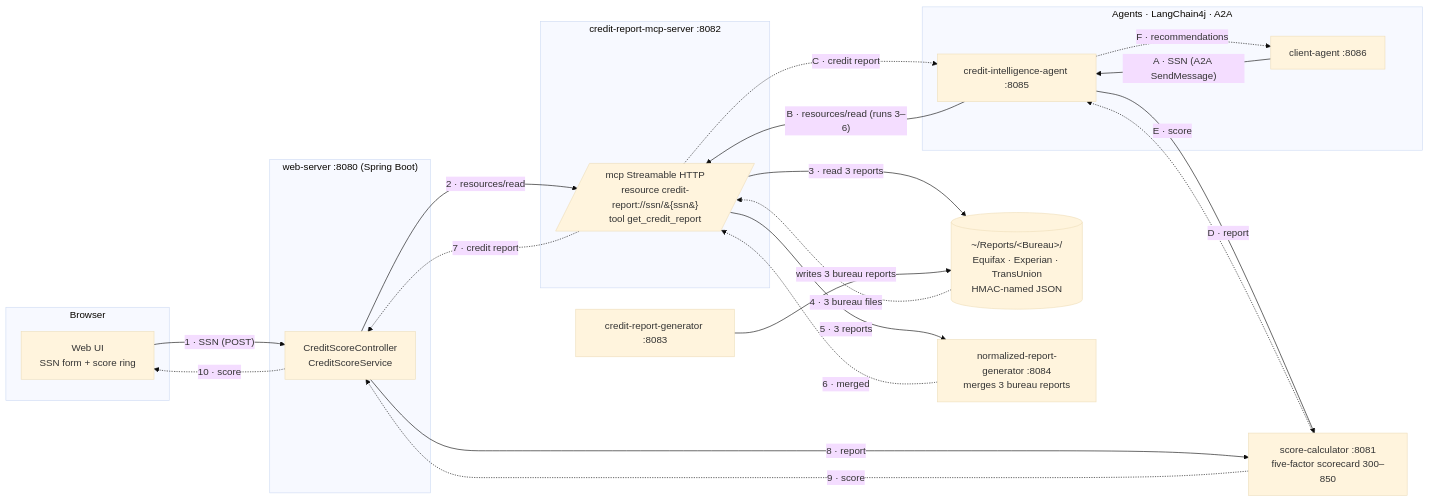
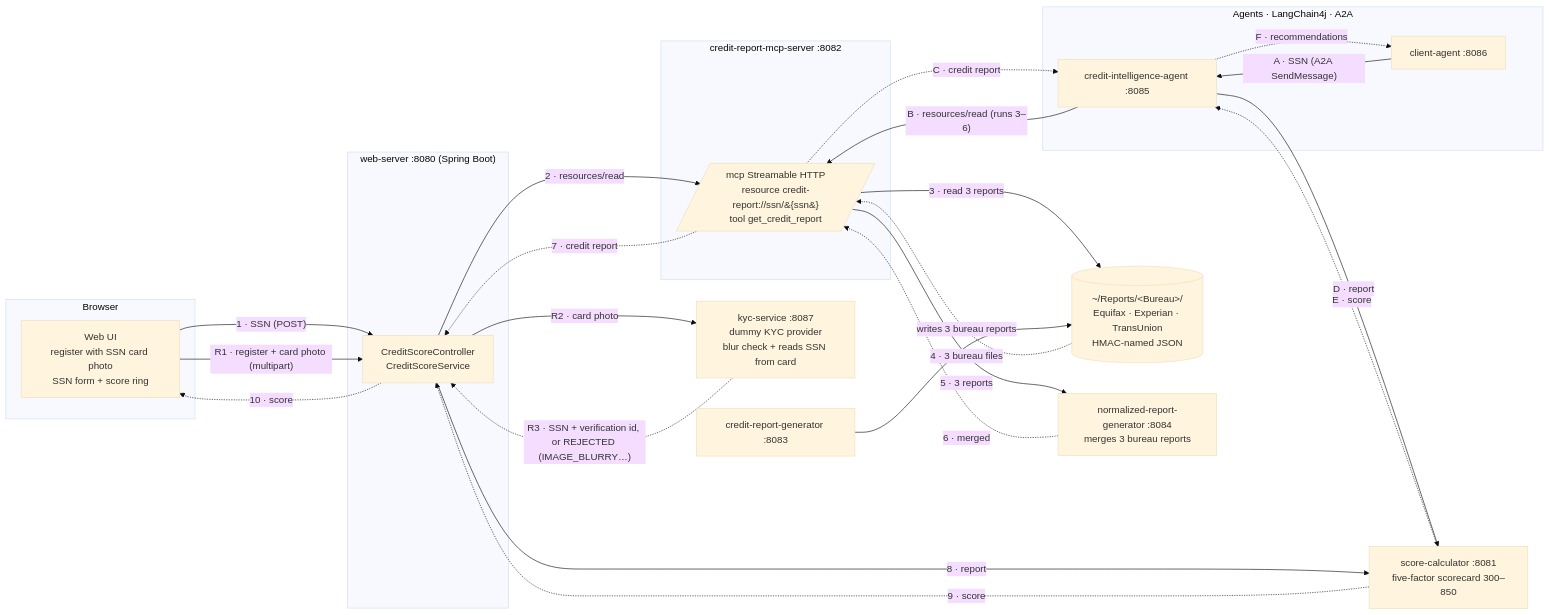
Before and after one commit to manojkhanwalkar/creditagent: the first of 2 diagrams in docs/architecture.md, drawn with Mermaid (base theme). The commit also changed other lines of this file and 43 other files, not shown here.

First line of the commit message:
Register with an SSN card photo checked by a KYC service (#8)

````diff
--- a/docs/architecture.md
+++ b/docs/architecture.md
@@ -5,38 +5,42 @@
 ```mermaid
 flowchart LR
     subgraph Browser
-        UI[Web UI<br/>SSN form + score ring]
+        UI[Web UI<br/>register with SSN card photo<br/>SSN form + score ring]
     end
     subgraph Web["web-server :8080 (Spring Boot)"]
         WS[CreditScoreController<br/>CreditScoreService]
     end
     subgraph MCP["credit-report-mcp-server :8082"]
         M[/mcp Streamable HTTP<br/>resource credit-report://ssn/&#123;ssn&#125;<br/>tool get_credit_report/]
     end
     FS[(~/Reports/&lt;Bureau&gt;/<br/>Equifax · Experian · TransUnion<br/>HMAC-named JSON)]
     NRG[normalized-report-generator :8084<br/>merges 3 bureau reports]
     GEN[credit-report-generator :8083]
     SC[score-calculator :8081<br/>five-factor scorecard 300–850]
+    KYC[kyc-service :8087<br/>dummy KYC provider<br/>blur check + reads SSN from card]
     subgraph Agents["Agents · LangChain4j · A2A"]
         CA[client-agent :8086]
         CIA[credit-intelligence-agent :8085]
     end
 
     UI -- "1 · SSN (POST)" --> WS
     WS -- "2 · resources/read" --> M
     M -- "3 · read 3 reports" --> FS
     FS -. "4 · 3 bureau files" .-> M
     M -- "5 · 3 reports" --> NRG
     NRG -. "6 · merged" .-> M
     M -. "7 · credit report" .-> WS
     WS -- "8 · report" --> SC
     SC -. "9 · score" .-> WS
     WS -. "10 · score" .-> UI
     GEN -- "writes 3 bureau reports" --> FS
+    UI -- "R1 · register + card photo (multipart)" --> WS
+    WS -- "R2 · card photo" --> KYC
+    KYC -. "R3 · SSN + verification id, or REJECTED (IMAGE_BLURRY…)" .-> WS
     CA -- "A · SSN (A2A SendMessage)" --> CIA
     CIA -- "B · resources/read (runs 3–6)" --> M
     M -. "C · credit report" .-> CIA
     CIA -- "D · report" --> SC
     SC -. "E · score" .-> CIA
     CIA -. "F · recommendations" .-> CA
 ```
````
